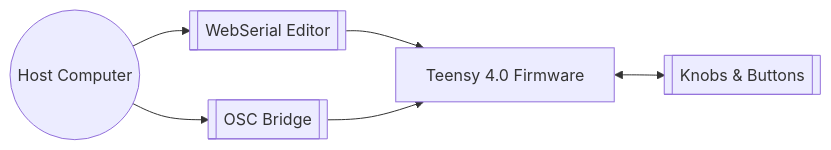
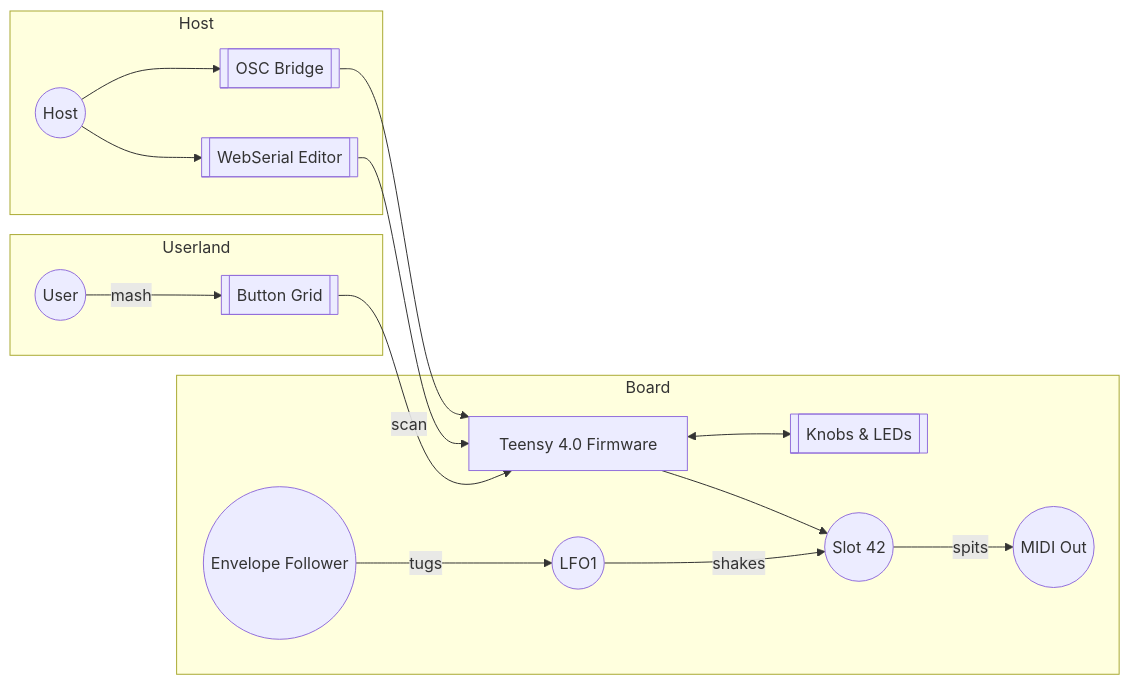
Before and after one commit to bseverns/MOARkNOBS-42: the diagram in README.md, drawn with Mermaid. The commit also changed other lines of this file and 1 other file, not shown here.

Commit message:
docs: condense mermaid chaos into fewer diagrams

````diff
--- a/README.md
+++ b/README.md
@@ -34,11 +34,26 @@
 ```mermaid
-graph LR
-  Host((Host Computer))
-  WebSerial[[WebSerial Editor]]
-  Bridge[[OSC Bridge]]
-  Firmware[Teensy 4.0 Firmware]
-  Hardware[[Knobs & Buttons]]
-  Host --> WebSerial --> Firmware
-  Host --> Bridge --> Firmware
+flowchart LR
+  subgraph Userland
+    User((User))
+    Grid[[Button Grid]]
+  end
+  subgraph Host
+    HostPC((Host))
+    WebSerial[[WebSerial Editor]]
+    Bridge[[OSC Bridge]]
+  end
+  subgraph Board
+    Firmware[Teensy 4.0 Firmware]
+    Hardware[[Knobs & LEDs]]
+    MIDIOut((MIDI Out))
+    LFO1((LFO1))
+    Env((Envelope Follower))
+    Slot42((Slot 42))
+  end
+  User -->|mash| Grid -->|scan| Firmware
+  HostPC --> WebSerial --> Firmware
+  HostPC --> Bridge --> Firmware
   Firmware <--> Hardware
+  Env -->|tugs| LFO1 -->|shakes| Slot42 -->|spits| MIDIOut
+  Firmware --> Slot42
 ```
````
